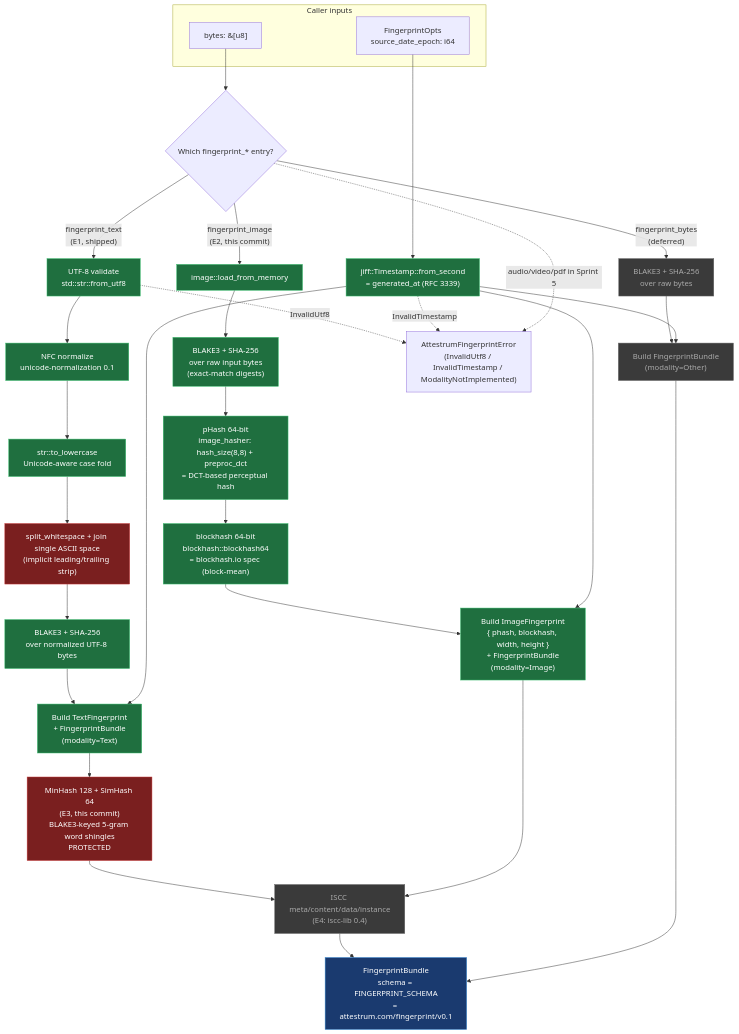
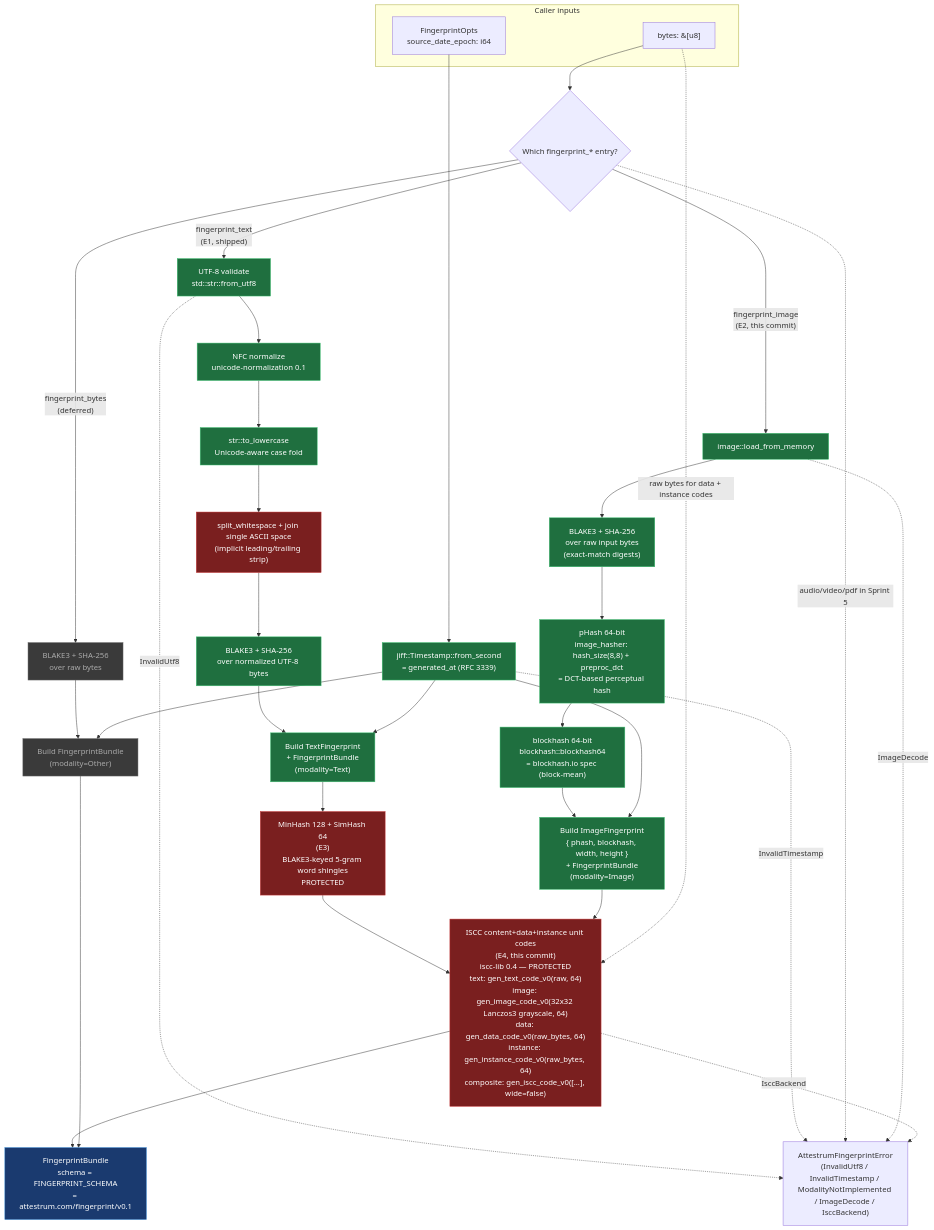
One commit to Attestrum/Attestrum changed the diagram in docs/diagrams/sprint-5/fingerprint-pipeline.md. Above: the diagram before and after it, drawn with Mermaid. The commit also changed other lines of this file and 8 other files, not shown here.

````diff
--- a/docs/diagrams/sprint-5/fingerprint-pipeline.md
+++ b/docs/diagrams/sprint-5/fingerprint-pipeline.md
@@ -23,55 +29,61 @@
 ```mermaid
 flowchart TB
   classDef shipped fill:#1f6f3f,stroke:#3ec072,color:#fff
   classDef deferred fill:#3a3a3a,stroke:#666,color:#aaa
-  classDef e4Deferred fill:#3a3a3a,stroke:#666,color:#aaa
   classDef protected fill:#7a1f1f,stroke:#c63737,color:#fff
   classDef output fill:#1a3a6f,stroke:#3a8ed7,color:#fff
 
   subgraph inputs["Caller inputs"]
     bytes["bytes: &[u8]"]
     opts["FingerprintOpts<br/>source_date_epoch: i64"]
   end
 
   bytes --> dispatch{"Which fingerprint_* entry?"}
 
   dispatch -->|"fingerprint_text<br/>(E1, shipped)"| utf8["UTF-8 validate<br/>std::str::from_utf8"]
   dispatch -->|"fingerprint_image<br/>(E2, this commit)"| imgDecode["image::load_from_memory"]
   dispatch -->|"fingerprint_bytes<br/>(deferred)"| rawHash["BLAKE3 + SHA-256<br/>over raw bytes"]
 
   utf8 --> nfc["NFC normalize<br/>unicode-normalization 0.1"]
   nfc --> lower["str::to_lowercase<br/>Unicode-aware case fold"]
   lower --> wsCollapse["split_whitespace + join single ASCII space<br/>(implicit leading/trailing strip)"]
   wsCollapse --> textHash["BLAKE3 + SHA-256<br/>over normalized UTF-8 bytes"]
   textHash --> textBuild["Build TextFingerprint<br/>+ FingerprintBundle<br/>(modality=Text)"]
 
   imgDecode --> imgHashRaw["BLAKE3 + SHA-256<br/>over raw input bytes<br/>(exact-match digests)"]
   imgHashRaw --> imgPhash["pHash 64-bit<br/>image_hasher: hash_size(8,8) + preproc_dct<br/>= DCT-based perceptual hash"]
   imgPhash --> imgBlockhash["blockhash 64-bit<br/>blockhash::blockhash64<br/>= blockhash.io spec (block-mean)"]
   imgBlockhash --> imgBuild["Build ImageFingerprint<br/>{ phash, blockhash, width, height }<br/>+ FingerprintBundle<br/>(modality=Image)"]
 
   rawHash --> bytesBuild["Build FingerprintBundle<br/>(modality=Other)"]
 
-  textBuild --> minHash["MinHash 128 + SimHash 64<br/>(E3, this commit)<br/>BLAKE3-keyed 5-gram word shingles<br/>PROTECTED"]
-  minHash --> isccCompose["ISCC meta/content/data/instance<br/>(E4: iscc-lib 0.4)"]
+  textBuild --> minHash["MinHash 128 + SimHash 64<br/>(E3)<br/>BLAKE3-keyed 5-gram word shingles<br/>PROTECTED"]
+  minHash --> isccCompose["ISCC content+data+instance unit codes<br/>(E4, this commit)<br/>iscc-lib 0.4 — PROTECTED<br/>text: gen_text_code_v0(raw, 64)<br/>image: gen_image_code_v0(32x32 Lanczos3 grayscale, 64)<br/>data: gen_data_code_v0(raw_bytes, 64)<br/>instance: gen_instance_code_v0(raw_bytes, 64)<br/>composite: gen_iscc_code_v0([...], wide=false)"]
   isccCompose --> output["FingerprintBundle<br/>schema = FINGERPRINT_SCHEMA<br/>= attestrum.com/fingerprint/v0.1"]
 
   imgBuild --> isccCompose
   bytesBuild --> output
+
+  %% E4: raw bytes feed the ISCC data-code + instance-code unit hashes
+  %% directly. Solid edges from minHash + imgBuild above represent the
+  %% temporal/sequence order in which the bundle gets populated; this
+  %% dotted edge represents the actual raw-bytes data dependency.
+  bytes -. "raw bytes for data + instance codes" .-> isccCompose
 
   opts --> ts["jiff::Timestamp::from_second<br/>= generated_at (RFC 3339)"]
   ts --> textBuild
   ts --> imgBuild
   ts --> bytesBuild
 
-  error["AttestrumFingerprintError<br/>(InvalidUtf8 / InvalidTimestamp / ModalityNotImplemented)"]
+  error["AttestrumFingerprintError<br/>(InvalidUtf8 / InvalidTimestamp / ModalityNotImplemented / ImageDecode / IsccBackend)"]
   utf8 -. "InvalidUtf8" .-> error
   ts -. "InvalidTimestamp" .-> error
   dispatch -. "audio/video/pdf in Sprint 5" .-> error
+  imgDecode -. "ImageDecode" .-> error
+  isccCompose -. "IsccBackend" .-> error
 
-  class utf8,nfc,lower,wsCollapse,textHash,textBuild,ts,imgDecode,imgHashRaw,imgPhash,imgBlockhash,imgBuild,minHash shipped
+  class utf8,nfc,lower,wsCollapse,textHash,textBuild,ts,imgDecode,imgHashRaw,imgPhash,imgBlockhash,imgBuild,minHash,isccCompose shipped
   class rawHash,bytesBuild deferred
-  class isccCompose e4Deferred
-  class wsCollapse,minHash protected
+  class wsCollapse,minHash,isccCompose protected
   class output output
 ```
````
